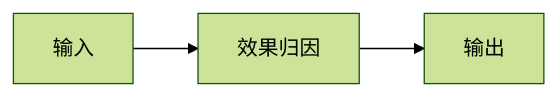
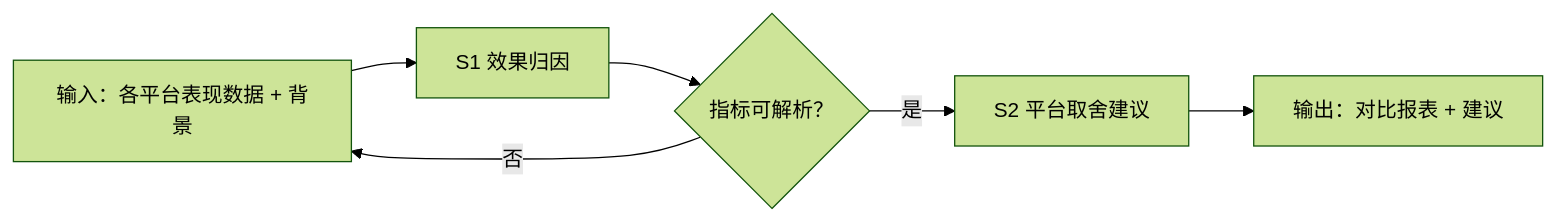
The diagram in workflows/cross-platform-report-flow/SKILL.md (bangwozuo/multi-publish-zh), drawn with Mermaid (forest theme) before and after one commit. The commit also changed other lines of this file and 80 other files, not shown here.

````diff
--- a/workflows/cross-platform-report-flow/SKILL.md
+++ b/workflows/cross-platform-report-flow/SKILL.md
@@ -26,8 +38,11 @@
 ```mermaid
 flowchart LR
-    IN["输入"]
-    S1["效果归因"]
-    OUT["输出"]
+    IN["输入：各平台表现数据 + 背景"]
+    S1["S1 效果归因"]
+    Q1{"指标可解析？"}
+    Q1 -- 否 --> IN
+    Q1 -- 是 --> S2["S2 平台取舍建议"]
+    S2 --> OUT["输出：对比报表 + 建议"]
     IN --> S1
-    S1 --> OUT
+    S1 --> Q1
 ```
````
